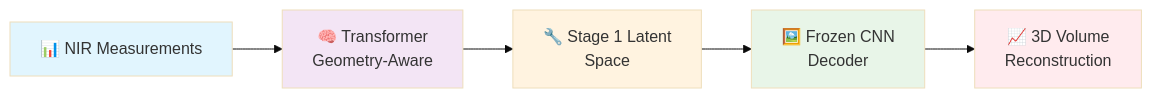
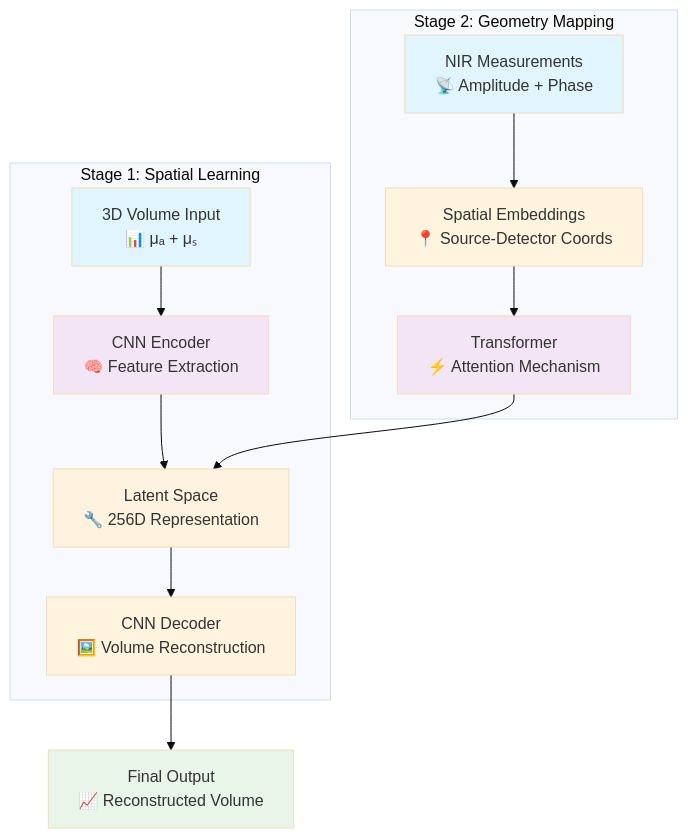
The diagram in README.md (maxhartml/Hybrid-CNN-Transformer-for-FD-DOT), drawn with Mermaid (base theme) before and after one commit. The commit also changed other lines of this file and 4 other files, not shown here.

````diff
--- a/README.md
+++ b/README.md
@@ -36,13 +65,23 @@
 ```mermaid
-graph LR
-    A[📊 NIR Measurements] --> B[🧠 Transformer<br/>Geometry-Aware]
-    B --> C[🔧 Stage 1 Latent<br/>Space]
-    C --> D[🖼️ Frozen CNN<br/>Decoder]
-    D --> E[📈 3D Volume<br/>Reconstruction]
+graph TB
+    subgraph "Stage 1: Spatial Learning"
+        A[3D Volume Input<br/>📊 μₐ + μₛ] --> B[CNN Encoder<br/>🧠 Feature Extraction]
+        B --> C[Latent Space<br/>🔧 256D Representation]
+        C --> D[CNN Decoder<br/>🖼️ Volume Reconstruction]
+    end
+    
+    subgraph "Stage 2: Geometry Mapping"
+        E[NIR Measurements<br/>📡 Amplitude + Phase] --> F[Spatial Embeddings<br/>📍 Source-Detector Coords]
+        F --> G[Transformer<br/>⚡ Attention Mechanism]
+        G --> C
+    end
+    
+    D --> H[Final Output<br/>📈 Reconstructed Volume]
     
     style A fill:#e1f5fe
-    style B fill:#f3e5f5  
+    style E fill:#e1f5fe
     style C fill:#fff3e0
-    style D fill:#e8f5e8
-    style E fill:#ffebee
+    style H fill:#e8f5e8
+    style B fill:#f3e5f5
+    style G fill:#f3e5f5
 ```
````
